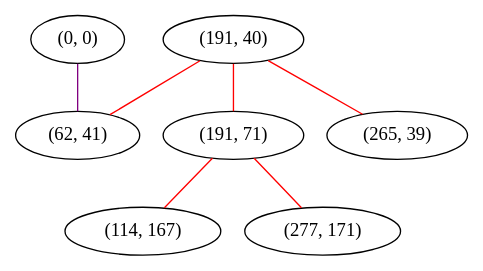
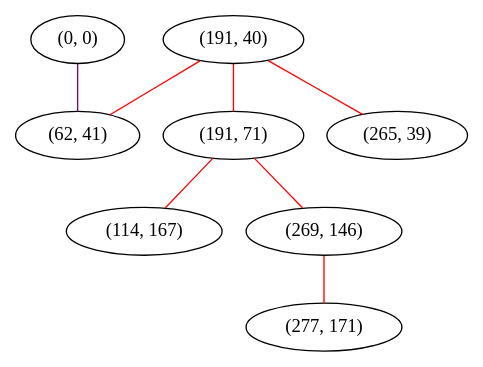
Before and after one commit to FelixMcFelix/sip-for-cv-paper: the diagram in graphviz/dejavu-sans/k.gv, drawn with Graphviz. The commit also changed 121 other files, not shown here.

First line of the commit message:
[MakeGraph] Better Graph Generation

```diff
--- a/graphviz/dejavu-sans/k.gv
+++ b/graphviz/dejavu-sans/k.gv
@@ -1,15 +1,17 @@
 graph "" {
 "(0, 0)";
 "(191, 40)";
 "(191, 71)";
 "(62, 41)";
 "(114, 167)";
+"(269, 146)";
 "(277, 171)";
 "(265, 39)";
 "(0, 0)" -- "(62, 41)"  [color=purple, key=0, weight=4];
 "(191, 40)" -- "(62, 41)"  [color=red, key=0, weight=1];
 "(191, 40)" -- "(191, 71)"  [color=red, key=0, weight=1];
 "(191, 40)" -- "(265, 39)"  [color=red, key=0, weight=1];
 "(191, 71)" -- "(114, 167)"  [color=red, key=0, weight=1];
-"(191, 71)" -- "(277, 171)"  [color=red, key=0, weight=1];
+"(191, 71)" -- "(269, 146)"  [color=red, key=0, weight=1];
+"(269, 146)" -- "(277, 171)"  [color=red, key=0, weight=1];
 }
```
